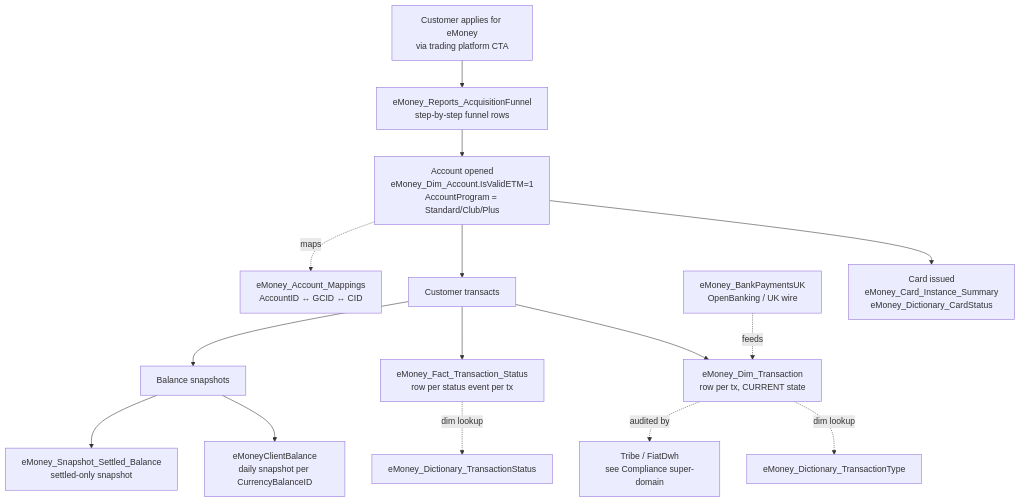
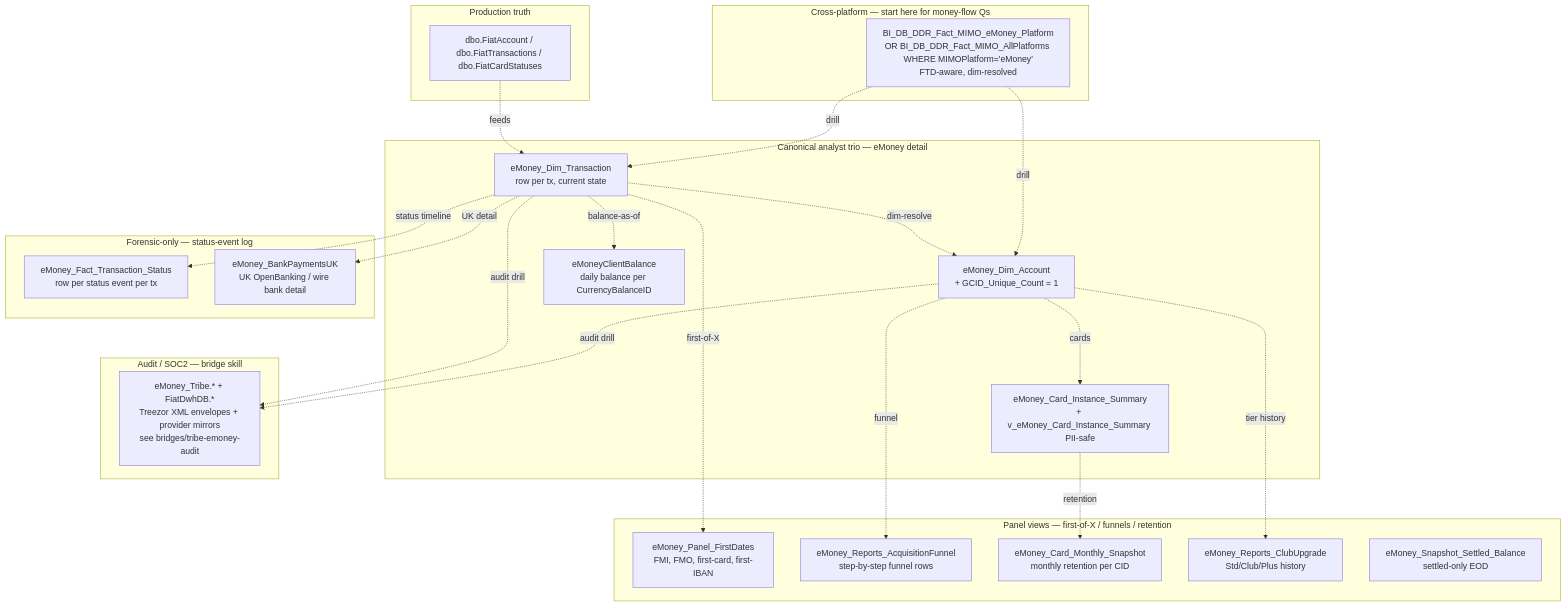
The diagram in knowledge/skills/payments/emoney-accounts-and-cards.md (guyman-tr/Databricks_Knowledge), drawn with Mermaid before and after one commit. The commit also changed other lines of this file and 21 other files, not shown here.

````diff
--- a/knowledge/skills/payments/emoney-accounts-and-cards.md
+++ b/knowledge/skills/payments/emoney-accounts-and-cards.md
@@ -64,33 +88,49 @@
 ```mermaid
 graph TB
-    Onboard[Customer applies for eMoney<br/>via trading platform CTA]
-    Funnel[eMoney_Reports_AcquisitionFunnel<br/>step-by-step funnel rows]
-    AcctOpen[Account opened<br/>eMoney_Dim_Account.IsValidETM=1<br/>AccountProgram = Standard/Club/Plus]
-    Card[Card issued<br/>eMoney_Card_Instance_Summary<br/>eMoney_Dictionary_CardStatus]
+    subgraph T0["Cross-platform — start here for money-flow Qs"]
+        Mimo[BI_DB_DDR_Fact_MIMO_eMoney_Platform<br/>OR BI_DB_DDR_Fact_MIMO_AllPlatforms WHERE MIMOPlatform='eMoney'<br/>FTD-aware, dim-resolved]
+    end
 
-    Tx[Customer transacts]
-    DimT[eMoney_Dim_Transaction<br/>row per tx, CURRENT state]
-    StatT[eMoney_Fact_Transaction_Status<br/>row per status event per tx]
-    DictTT[eMoney_Dictionary_TransactionType]
-    DictTS[eMoney_Dictionary_TransactionStatus]
+    subgraph T1["Canonical analyst trio — eMoney detail"]
+        DT[eMoney_Dim_Transaction<br/>row per tx, current state]
+        DA[eMoney_Dim_Account<br/>+ GCID_Unique_Count = 1]
+        CB[eMoneyClientBalance<br/>daily balance per CurrencyBalanceID]
+        Cards[eMoney_Card_Instance_Summary<br/>+ v_eMoney_Card_Instance_Summary PII-safe]
+    end
 
-    Bal[Balance snapshots]
-    CB[eMoneyClientBalance<br/>daily snapshot per CurrencyBalanceID]
-    SB[eMoney_Snapshot_Settled_Balance<br/>settled-only snapshot]
+    subgraph T2["Panel views — first-of-X / funnels / retention"]
+        FD[eMoney_Panel_FirstDates<br/>FMI, FMO, first-card, first-IBAN]
+        FN[eMoney_Reports_AcquisitionFunnel<br/>step-by-step funnel rows]
+        MS[eMoney_Card_Monthly_Snapshot<br/>monthly retention per CID]
+        CU[eMoney_Reports_ClubUpgrade<br/>Std/Club/Plus history]
+        SB[eMoney_Snapshot_Settled_Balance<br/>settled-only EOD]
+    end
 
-    BPK[eMoney_BankPaymentsUK<br/>OpenBanking / UK wire]
-    Map[eMoney_Account_Mappings<br/>AccountID ↔ GCID ↔ CID]
+    subgraph T3["Forensic-only — status-event log"]
+        ST[eMoney_Fact_Transaction_Status<br/>row per status event per tx]
+        BPK[eMoney_BankPaymentsUK<br/>UK OpenBanking / wire bank detail]
+    end
 
-    Audit[Tribe / FiatDwh<br/>see Compliance super-domain]
+    subgraph Audit["Audit / SOC2 — bridge skill"]
+        Tribe[eMoney_Tribe.* + FiatDwhDB.*<br/>Treezor XML envelopes + provider mirrors<br/>see bridges/tribe-emoney-audit]
+    end
 
-    Onboard --> Funnel --> AcctOpen --> Card
-    AcctOpen --> Tx --> DimT
-    Tx --> StatT
-    DimT -.dim lookup.-> DictTT
-    StatT -.dim lookup.-> DictTS
-    Tx --> Bal --> CB
-    Bal --> SB
-    BPK -.feeds.-> DimT
-    AcctOpen -.maps.-> Map
-    DimT -.audited by.-> Audit
+    subgraph Recon["Production truth"]
+        Prod[dbo.FiatAccount / dbo.FiatTransactions / dbo.FiatCardStatuses]
+    end
+
+    Mimo -.drill.-> DT
+    Mimo -.drill.-> DA
+    DT -.dim-resolve.-> DA
+    DT -.balance-as-of.-> CB
+    DA -.cards.-> Cards
+    DT -.first-of-X.-> FD
+    DA -.funnel.-> FN
+    Cards -.retention.-> MS
+    DA -.tier history.-> CU
+    DT -.status timeline.-> ST
+    DT -.UK detail.-> BPK
+    DA -.audit drill.-> Tribe
+    DT -.audit drill.-> Tribe
+    Prod -.feeds.-> DT
 ```
````
